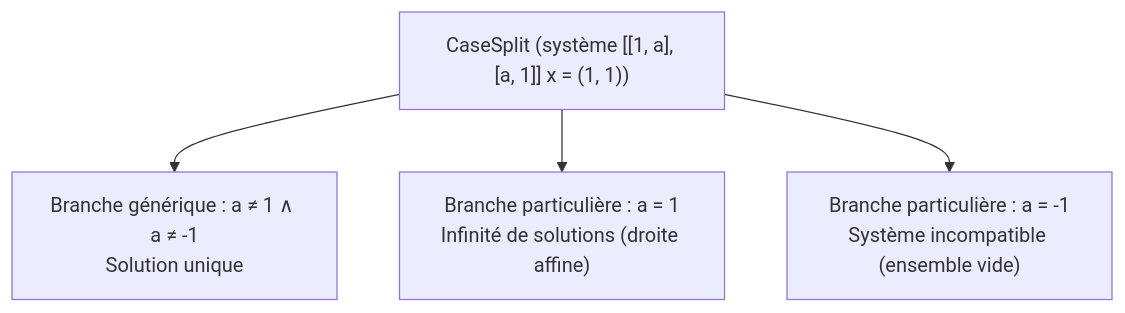
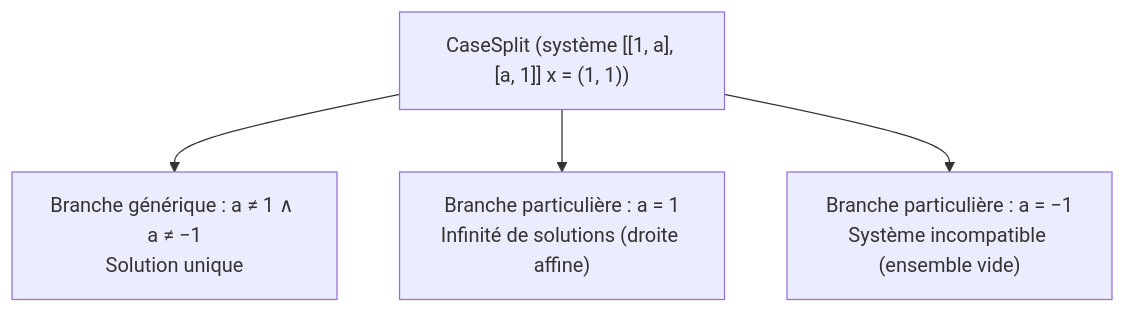
One commit to liouai-digital-education/linalg-pedagopy changed the second of 2 diagrams in docs/01_core_and_formal_computation.md. Above: the diagram before and after it, drawn with Mermaid. The commit also changed other lines of this file and 28 other files, not shown here.

````diff
--- a/docs/01_core_and_formal_computation.md
+++ b/docs/01_core_and_formal_computation.md
@@ -209,7 +211,7 @@
 ```mermaid
 flowchart TD
     CS["CaseSplit (système [[1, a], [a, 1]] x = (1, 1))"]
-    CS --> B1["Branche générique : a ≠ 1 ∧ a ≠ -1<br/>Solution unique"]
+    CS --> B1["Branche générique : a ≠ 1 ∧ a ≠ −1<br/>Solution unique"]
     CS --> B2["Branche particulière : a = 1<br/>Infinité de solutions (droite affine)"]
-    CS --> B3["Branche particulière : a = -1<br/>Système incompatible (ensemble vide)"]
+    CS --> B3["Branche particulière : a = −1<br/>Système incompatible (ensemble vide)"]
 ```
````
